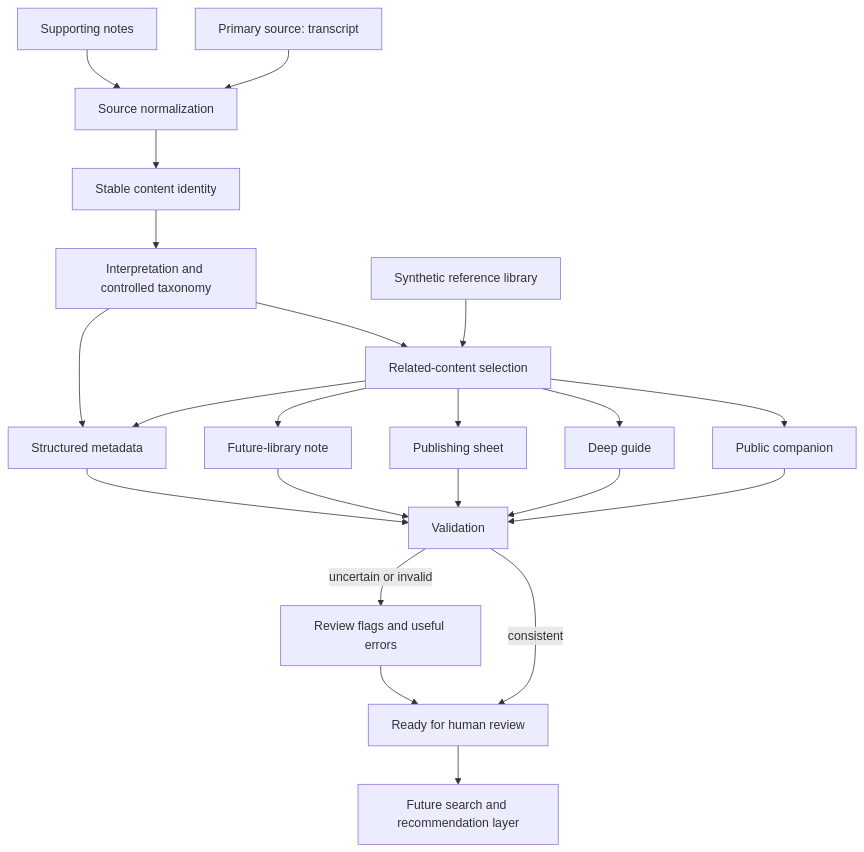
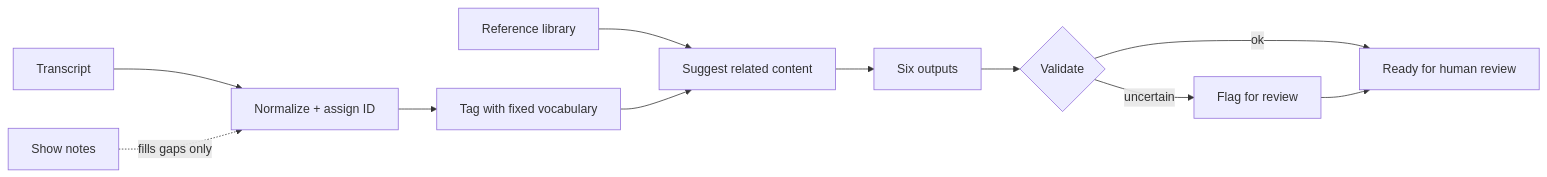
One commit to perry-is/ai-content-operations-pipeline changed the diagram in README.md. Above: the diagram before and after it, drawn with Mermaid. The commit also changed other lines of this file and 3 other files, not shown here.

````diff
--- a/README.md
+++ b/README.md
@@ -20,24 +52,13 @@
 ```mermaid
-flowchart TD
-    A[Primary source: transcript] --> B[Source normalization]
-    N[Supporting notes] --> B
-    B --> C[Stable content identity]
-    C --> D[Interpretation and controlled taxonomy]
-    R[Synthetic reference library] --> E[Related-content selection]
-    D --> E
-    E --> F[Public companion]
-    E --> G[Deep guide]
-    E --> H[Publishing sheet]
-    E --> I[Future-library note]
-    D --> J[Structured metadata]
-    E --> J
-    F --> K[Validation]
-    G --> K
-    H --> K
-    I --> K
-    J --> K
-    K -->|consistent| L[Ready for human review]
-    K -->|uncertain or invalid| M[Review flags and useful errors]
-    M --> L
-    L --> Q[Future search and recommendation layer]
+flowchart LR
+    T[Transcript] --> N[Normalize + assign ID]
+    S[Show notes] -. fills gaps only .-> N
+    N --> X[Tag with fixed vocabulary]
+    L[Reference library] --> R[Suggest related content]
+    X --> R
+    R --> O[Six outputs]
+    O --> V{Validate}
+    V -->|uncertain| F[Flag for review]
+    V -->|ok| H[Ready for human review]
+    F --> H
 ```
````
